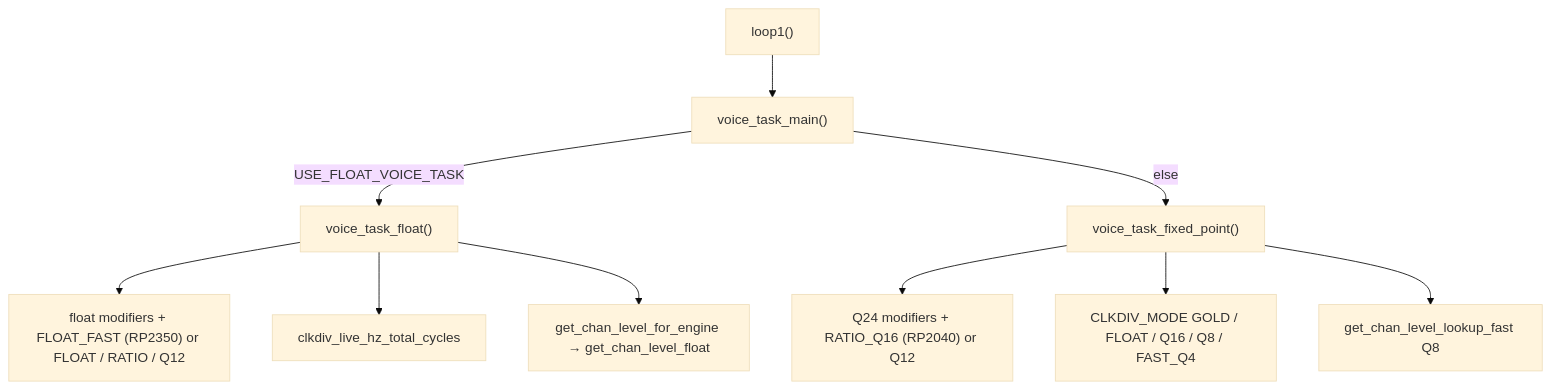
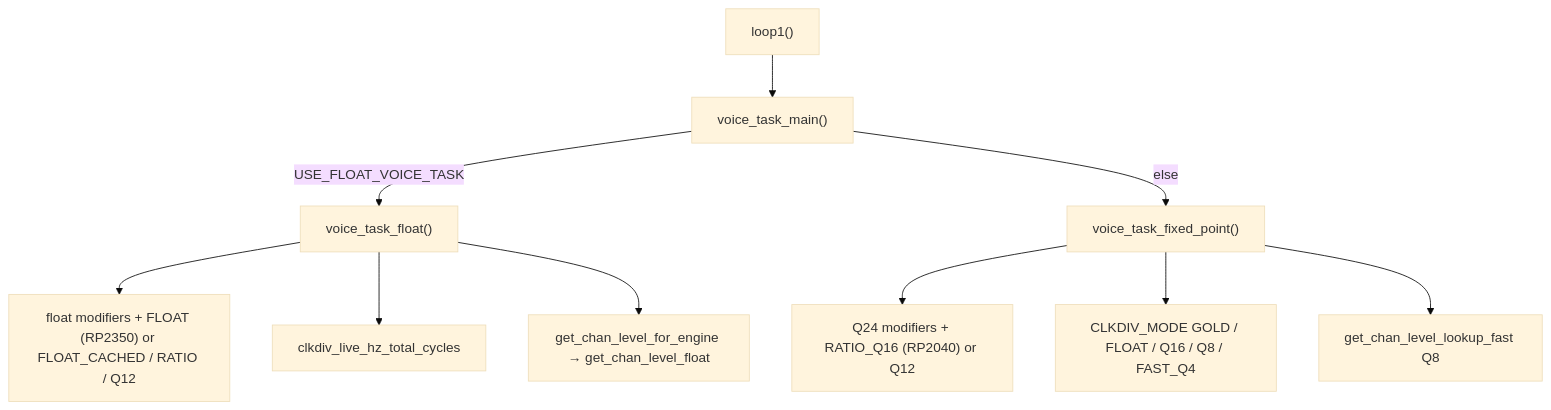
The diagram in docs/ENGINE_OPTIONS.md (felipegaspari/DCO4-REBORN-DCO), drawn with Mermaid (base theme) before and after one commit. The commit also changed other lines of this file and 39 other files, not shown here.

````diff
--- a/docs/ENGINE_OPTIONS.md
+++ b/docs/ENGINE_OPTIONS.md
@@ -73,12 +95,12 @@
 ```mermaid
 flowchart TD
   loop1["loop1()"] --> main["voice_task_main()"]
   main -->|USE_FLOAT_VOICE_TASK| vf["voice_task_float()"]
   main -->|else| vx["voice_task_fixed_point()"]
-  vf --> fPitch["float modifiers + FLOAT_FAST (RP2350) or FLOAT / RATIO / Q12"]
+  vf --> fPitch["float modifiers + FLOAT (RP2350) or FLOAT_CACHED / RATIO / Q12"]
   vf --> fClk["clkdiv_live_hz_total_cycles"]
   vf --> fAmp["get_chan_level_for_engine → get_chan_level_float"]
   vx --> xPitch["Q24 modifiers + RATIO_Q16 (RP2040) or Q12"]
   vx --> xClk["CLKDIV_MODE GOLD / FLOAT / Q16 / Q8 / FAST_Q4"]
   vx --> xAmp["get_chan_level_lookup_fast Q8"]
 ```
````
